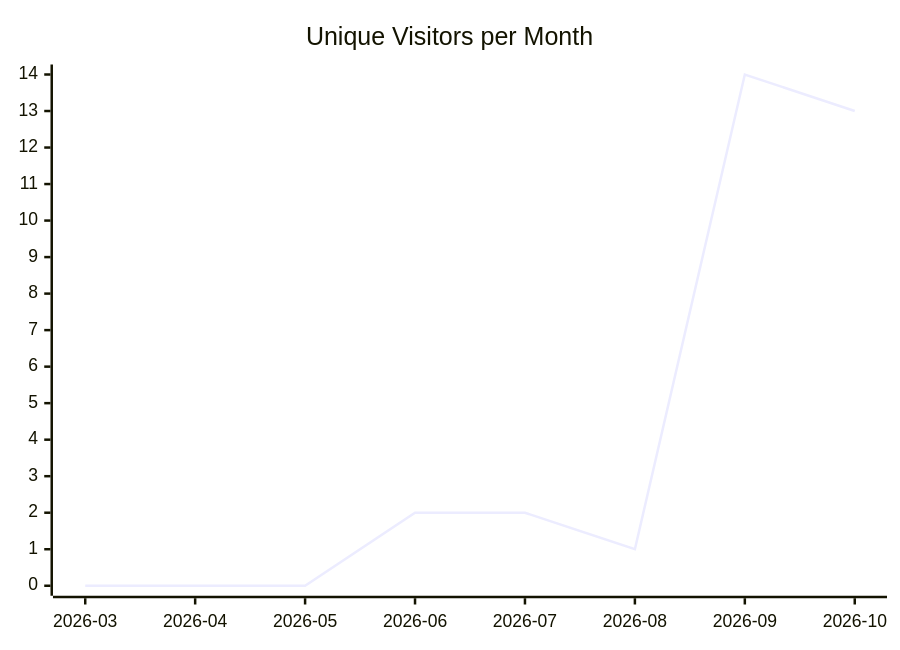
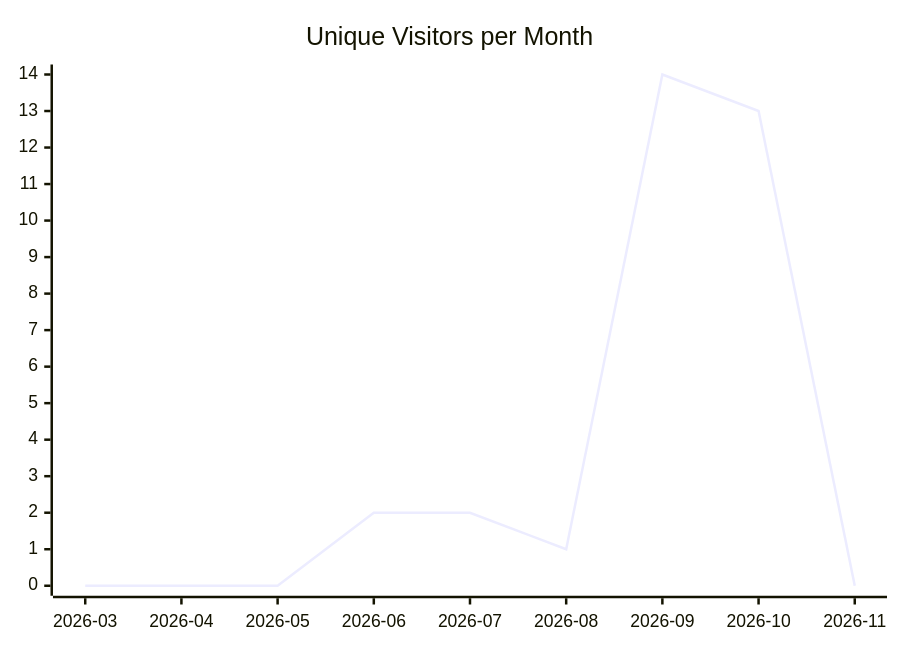
One commit to justdavis-family/github-analytics-data changed the first of 3 diagrams in karlmdavis/dotfiles/README.md. Above: the diagram before and after it, drawn with Mermaid. The commit also changed other lines of this file and 201 other files, not shown here.

````diff
--- a/karlmdavis/dotfiles/README.md
+++ b/karlmdavis/dotfiles/README.md
@@ -5,6 +5,6 @@
 ```mermaid
 xychart-beta
   title "Unique Visitors per Month"
-  x-axis ["2026-03", "2026-04", "2026-05", "2026-06", "2026-07", "2026-08", "2026-09", "2026-10"]
-  line [0, 0, 0, 2, 2, 1, 14, 13]
+  x-axis ["2026-03", "2026-04", "2026-05", "2026-06", "2026-07", "2026-08", "2026-09", "2026-10", "2026-11"]
+  line [0, 0, 0, 2, 2, 1, 14, 13, 0]
 ```
````
